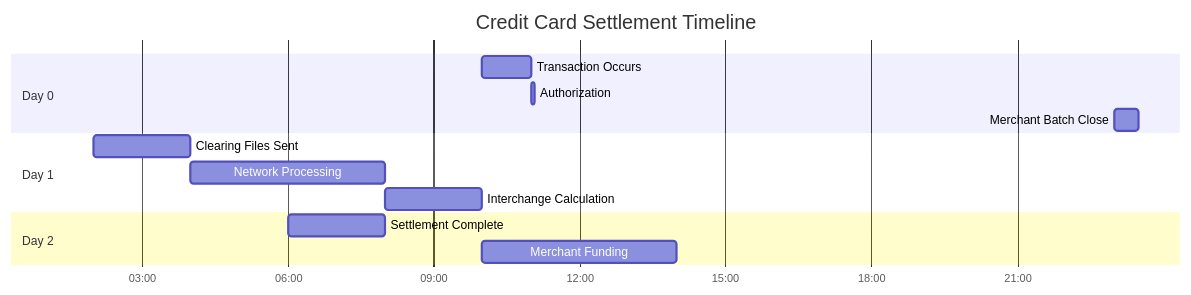
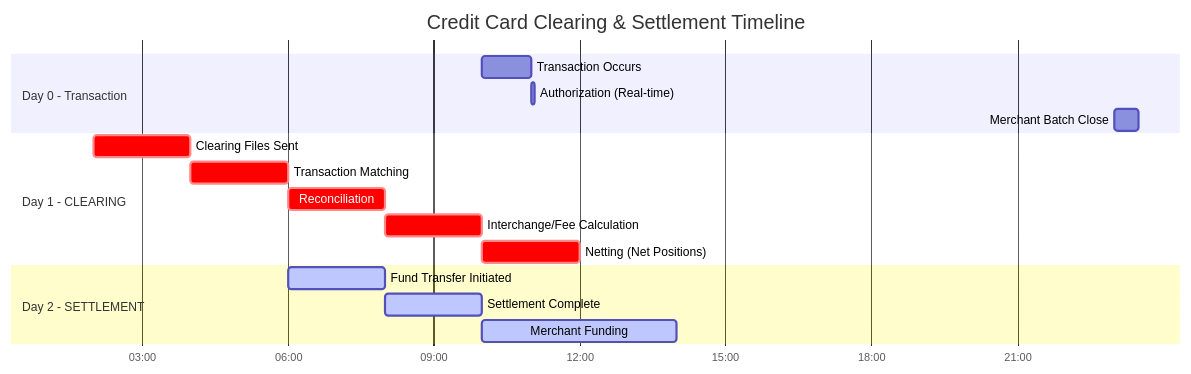
One commit to gurkanindibay/azure_learning changed the sixth of 18 diagrams in architecture-general/09-industry-specialized-architectures/9.1.1-financial-services-architecture/9.1.1.1-credit-card-transaction-system-architecture.md. Above: the diagram before and after it, drawn with Mermaid. The commit also changed other lines of this file, not shown here.

Commit message:
Enhance Credit Card Transaction System documentation with detailed Clearing and Settlement processes

````diff
--- a/architecture-general/09-industry-specialized-architectures/9.1.1-financial-services-architecture/9.1.1.1-credit-card-transaction-system-architecture.md
+++ b/architecture-general/09-industry-specialized-architectures/9.1.1-financial-services-architecture/9.1.1.1-credit-card-transaction-system-architecture.md
@@ -287,20 +330,23 @@
 ```mermaid
 gantt
-    title Credit Card Settlement Timeline
+    title Credit Card Clearing & Settlement Timeline
     dateFormat  HH:mm
     axisFormat %H:%M
     
-    section Day 0
-    Transaction Occurs       :t1, 10:00, 1h
-    Authorization            :t2, after t1, 5m
-    Merchant Batch Close     :t3, 23:00, 30m
+    section Day 0 - Transaction
+    Transaction Occurs           :t1, 10:00, 1h
+    Authorization (Real-time)    :t2, after t1, 5m
+    Merchant Batch Close         :t3, 23:00, 30m
     
-    section Day 1
-    Clearing Files Sent      :t4, 02:00, 2h
-    Network Processing       :t5, 04:00, 4h
-    Interchange Calculation  :t6, 08:00, 2h
+    section Day 1 - CLEARING
+    Clearing Files Sent          :crit, t4, 02:00, 2h
+    Transaction Matching         :crit, t5, 04:00, 2h
+    Reconciliation               :crit, t6, 06:00, 2h
+    Interchange/Fee Calculation  :crit, t7, 08:00, 2h
+    Netting (Net Positions)      :crit, t8, 10:00, 2h
     
-    section Day 2
-    Settlement Complete      :t7, 06:00, 2h
-    Merchant Funding         :t8, 10:00, 4h
+    section Day 2 - SETTLEMENT
+    Fund Transfer Initiated      :active, t9, 06:00, 2h
+    Settlement Complete          :active, t10, 08:00, 2h
+    Merchant Funding             :active, t11, 10:00, 4h
 ```
````
